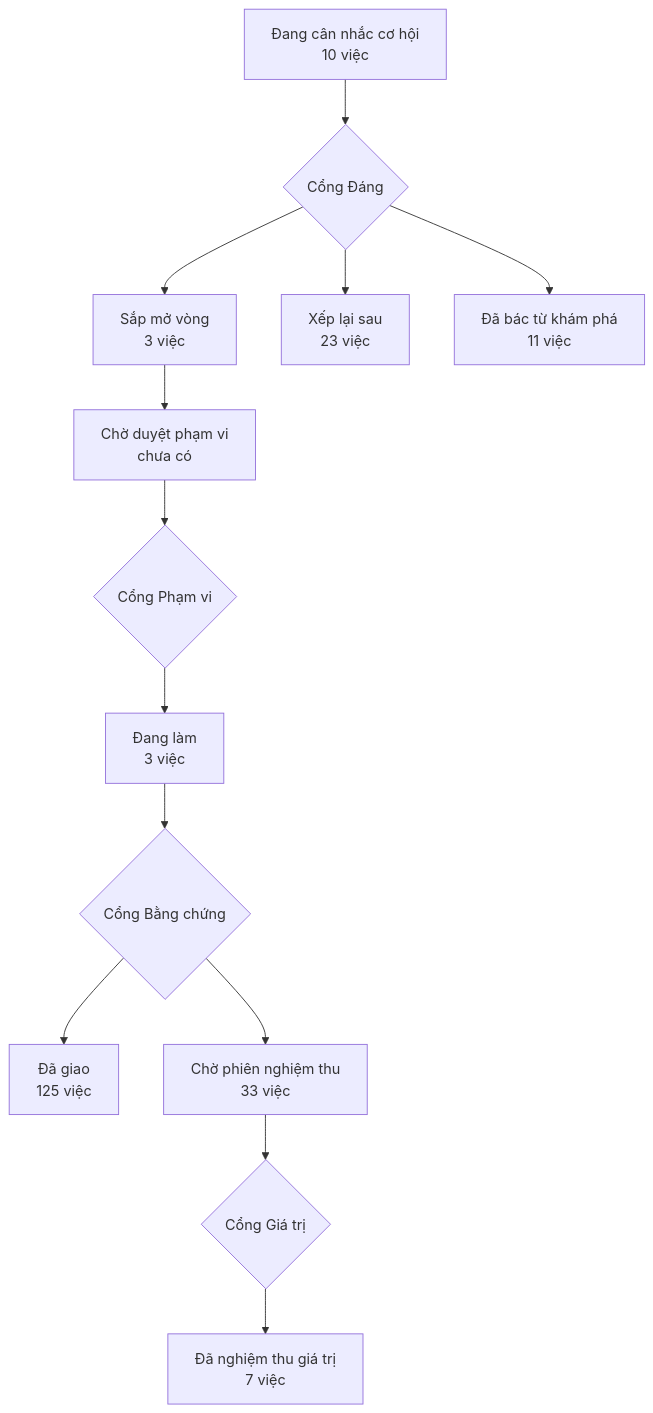
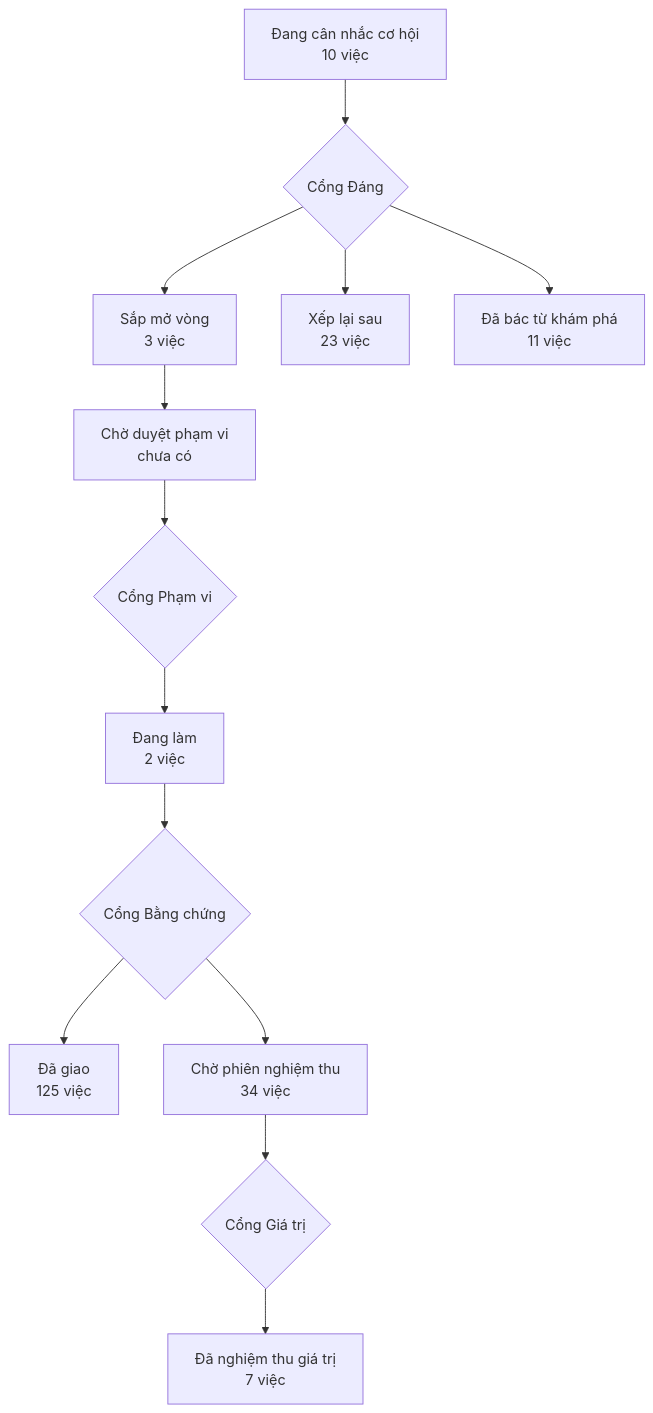
One commit to phanlemanh/acceptance-gate-kit changed the diagram in PRODUCT-MAP.md. Above: the diagram before and after it, drawn with Mermaid. The commit also changed 2 other files, not shown here.

Commit message:
cleared(du-bao-dong-bang-theo-ma-moc): xanh-sạch — máy thông, không mời ký; cửa veto vẫn mở

````diff
--- a/PRODUCT-MAP.md
+++ b/PRODUCT-MAP.md
@@ -7,12 +7,12 @@
 ```mermaid
 flowchart TD
   A["Đang cân nhắc cơ hội<br/>10 việc"] --> GD{"Cổng Đáng"}
   GD --> B["Sắp mở vòng<br/>3 việc"]
   GD --> XL["Xếp lại sau<br/>23 việc"]
   GD --> DB["Đã bác từ khám phá<br/>11 việc"]
   B --> CD["Chờ duyệt phạm vi<br/>chưa có"] --> GP{"Cổng Phạm vi"}
-  GP --> DL["Đang làm<br/>3 việc"] --> GB{"Cổng Bằng chứng"}
+  GP --> DL["Đang làm<br/>2 việc"] --> GB{"Cổng Bằng chứng"}
   GB --> DG["Đã giao<br/>125 việc"]
-  GB --> CN["Chờ phiên nghiệm thu<br/>33 việc"] --> GG{"Cổng Giá trị"}
+  GB --> CN["Chờ phiên nghiệm thu<br/>34 việc"] --> GG{"Cổng Giá trị"}
   GG --> NT["Đã nghiệm thu giá trị<br/>7 việc"]
 ```
````
